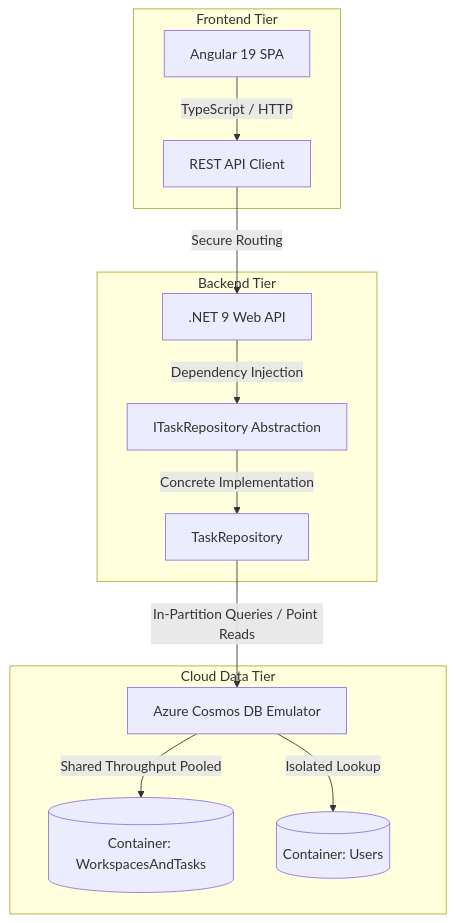
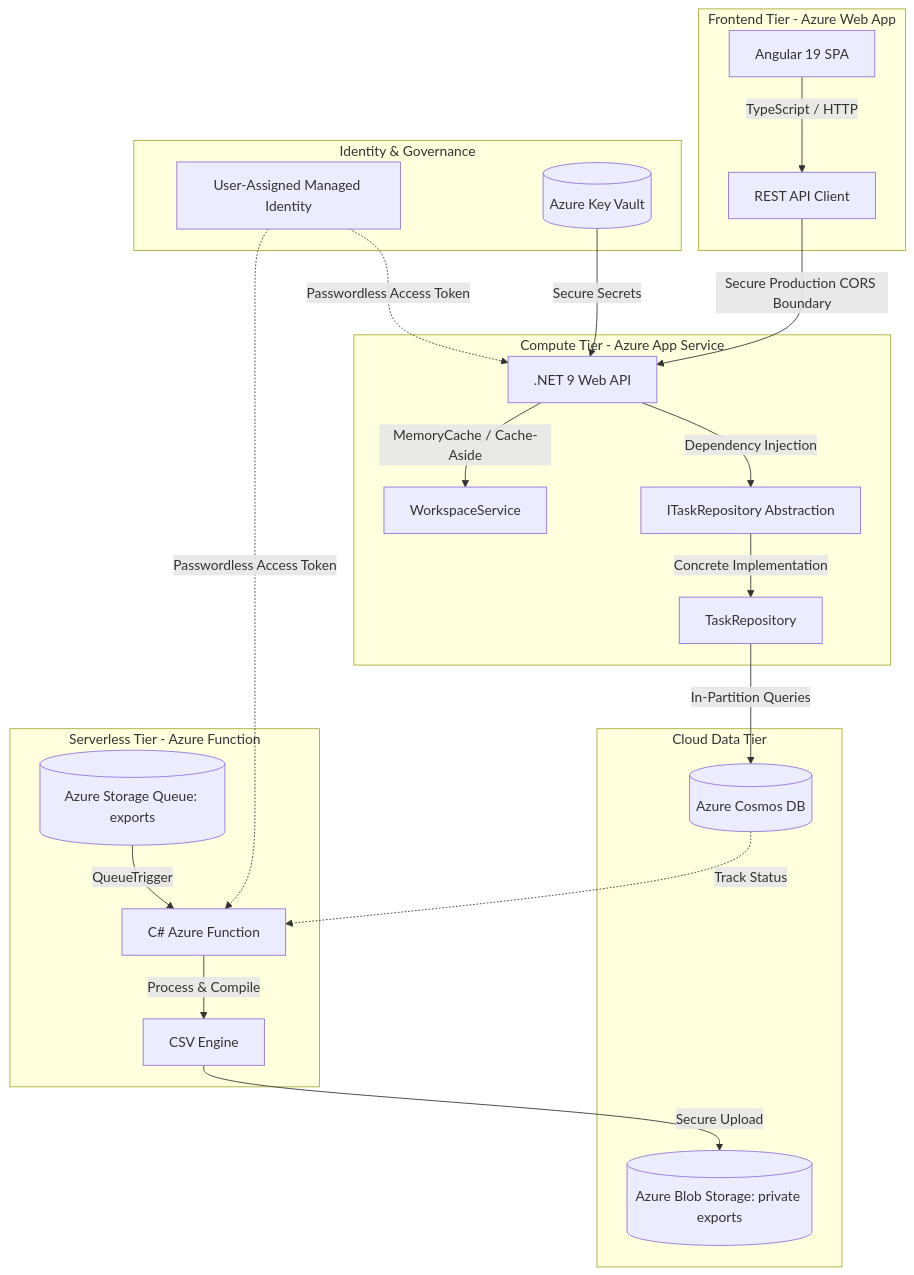
One commit to KabeloM06/project-mgmt-mvp changed the diagram in README.md. Above: the diagram before and after it, drawn with Mermaid. The commit also changed other lines of this file, not shown here.

````diff
--- a/README.md
+++ b/README.md
@@ -11,19 +11,31 @@
 ```mermaid
 graph TD
-  subgraph Client Layer [Frontend Tier]
+  subgraph Client Layer [Frontend Tier - Azure Web App]
     A[Angular 19 SPA] -->|TypeScript / HTTP| B[REST API Client]
   end
 
-  subgraph Application Layer [Backend Tier]
-    B -->|Secure Routing| C[.NET 9 Web API]
+  subgraph Application Layer [Compute Tier - Azure App Service]
+    B -->|Secure Production CORS Boundary| C[.NET 9 Web API]
     C -->|Dependency Injection| D[ITaskRepository Abstraction]
     D -->|Concrete Implementation| E[TaskRepository]
+    C -->|MemoryCache / Cache-Aside| W[WorkspaceService]
+  end
+
+  subgraph Async Worker Layer [Serverless Tier - Azure Function]
+    Q[(Azure Storage Queue: exports)] -->|QueueTrigger| F[C# Azure Function]
+    F -->|Process & Compile| CSV[CSV Engine]
+  end
+
+  subgraph Security & Config [Identity & Governance]
+    ID[User-Assigned Managed Identity] -.->|Passwordless Access Token| C
+    ID -.->|Passwordless Access Token| F
+    KV[(Azure Key Vault)] -->|Secure Secrets| C
   end
 
   subgraph Storage Layer [Cloud Data Tier]
-    E -->|In-Partition Queries / Point Reads| F[Azure Cosmos DB Emulator]
-    F -->|Shared Throughput Pooled| G[(Container: WorkspacesAndTasks)]
-    F -->|Isolated Lookup| H[(Container: Users)]
+    E -->|In-Partition Queries| Cosmos[(Azure Cosmos DB)]
+    CSV -->|Secure Upload| Blob[(Azure Blob Storage: private exports)]
+    Cosmos -.->|Track Status| F
   end
 
 ```
````
